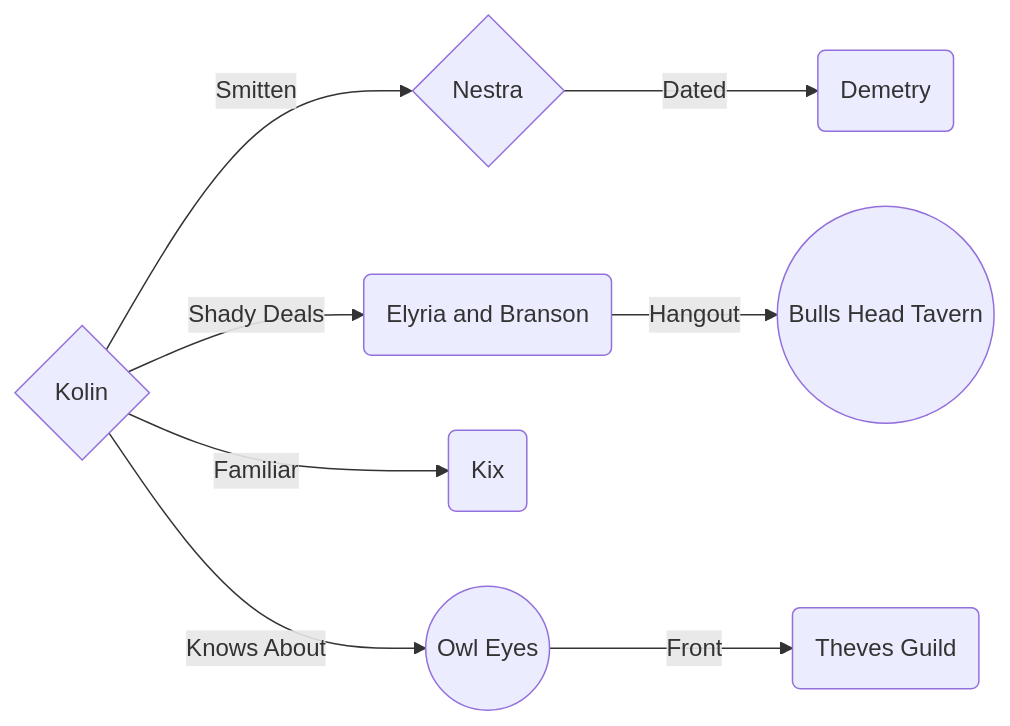
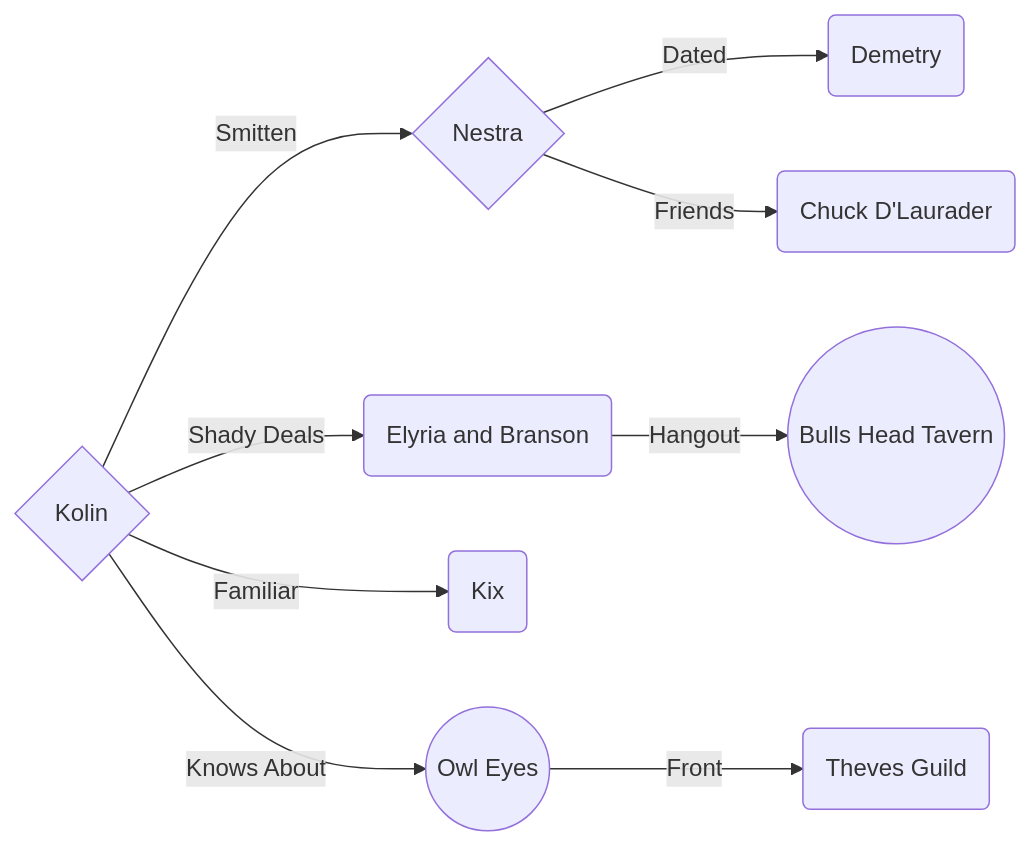
Before and after one commit to DiscoverTec/anExperiment: the diagram in markdown/characters/kotlin.md, drawn with Mermaid. The commit also changed other lines of this file and 1 other file, not shown here.

Commit message:
Added chucks relations to nestra

````diff
--- a/markdown/characters/kotlin.md
+++ b/markdown/characters/kotlin.md
@@ -29,11 +29,12 @@
 ```mermaid
 flowchart LR;
     kotlin{Kolin} --> |Smitten| nestra{Nestra};
     kotlin --> |Shady Deals| elyria(Elyria and Branson);
     kotlin --> |Familiar| kix(Kix)
     elyria --> |Hangout| tavern((Bulls Head Tavern));
     nestra --> |Dated| demetry(Demetry);
+    nestra --> |Friends| chuck(Chuck D'Laurader);
     kotlin --> |Knows About| owlEyes((Owl Eyes));
     owlEyes --> |Front| theves(Theves Guild);
     click kotlin "/characters/kotlin";
 ```
````
